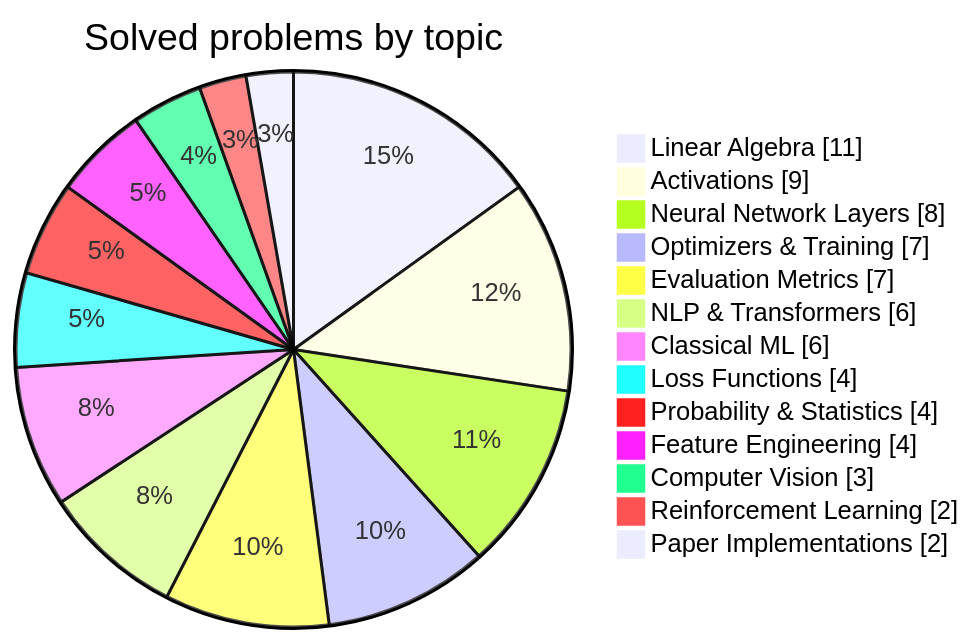
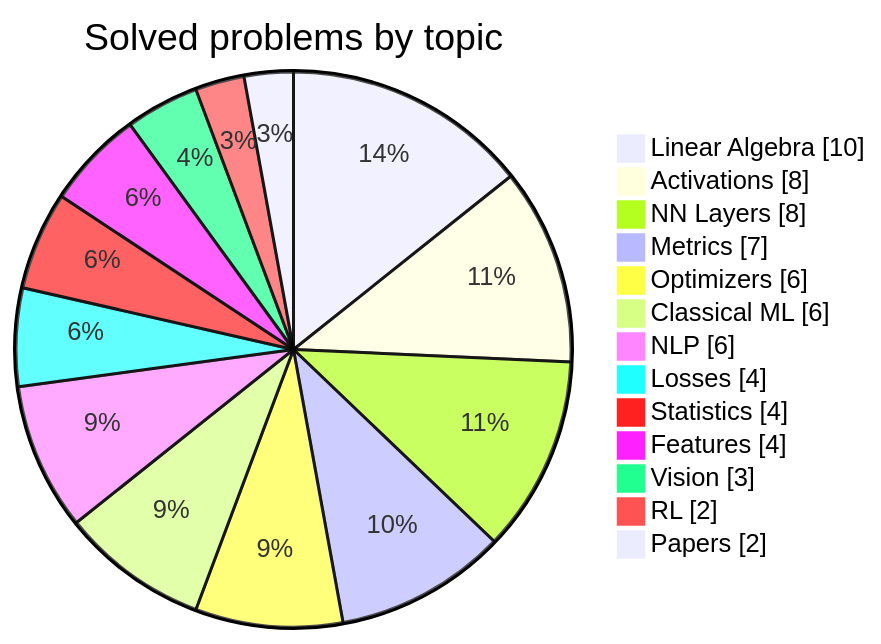
One commit to HarryTrn/TensorTonic-Solutions changed the second of 2 diagrams in README.md. Above: the diagram before and after it, drawn with Mermaid. The commit also changed other lines of this file, not shown here.

````diff
--- a/README.md
+++ b/README.md
@@ -56,17 +74,17 @@
 ```mermaid
 pie showData
     title Solved problems by topic
-    "Linear Algebra" : 11
-    "Activations" : 9
-    "Neural Network Layers" : 8
-    "Optimizers & Training" : 7
-    "Evaluation Metrics" : 7
-    "NLP & Transformers" : 6
+    "Linear Algebra" : 10
+    "Activations" : 8
+    "NN Layers" : 8
+    "Metrics" : 7
+    "Optimizers" : 6
     "Classical ML" : 6
-    "Loss Functions" : 4
-    "Probability & Statistics" : 4
-    "Feature Engineering" : 4
-    "Computer Vision" : 3
-    "Reinforcement Learning" : 2
-    "Paper Implementations" : 2
+    "NLP" : 6
+    "Losses" : 4
+    "Statistics" : 4
+    "Features" : 4
+    "Vision" : 3
+    "RL" : 2
+    "Papers" : 2
 ```
````
